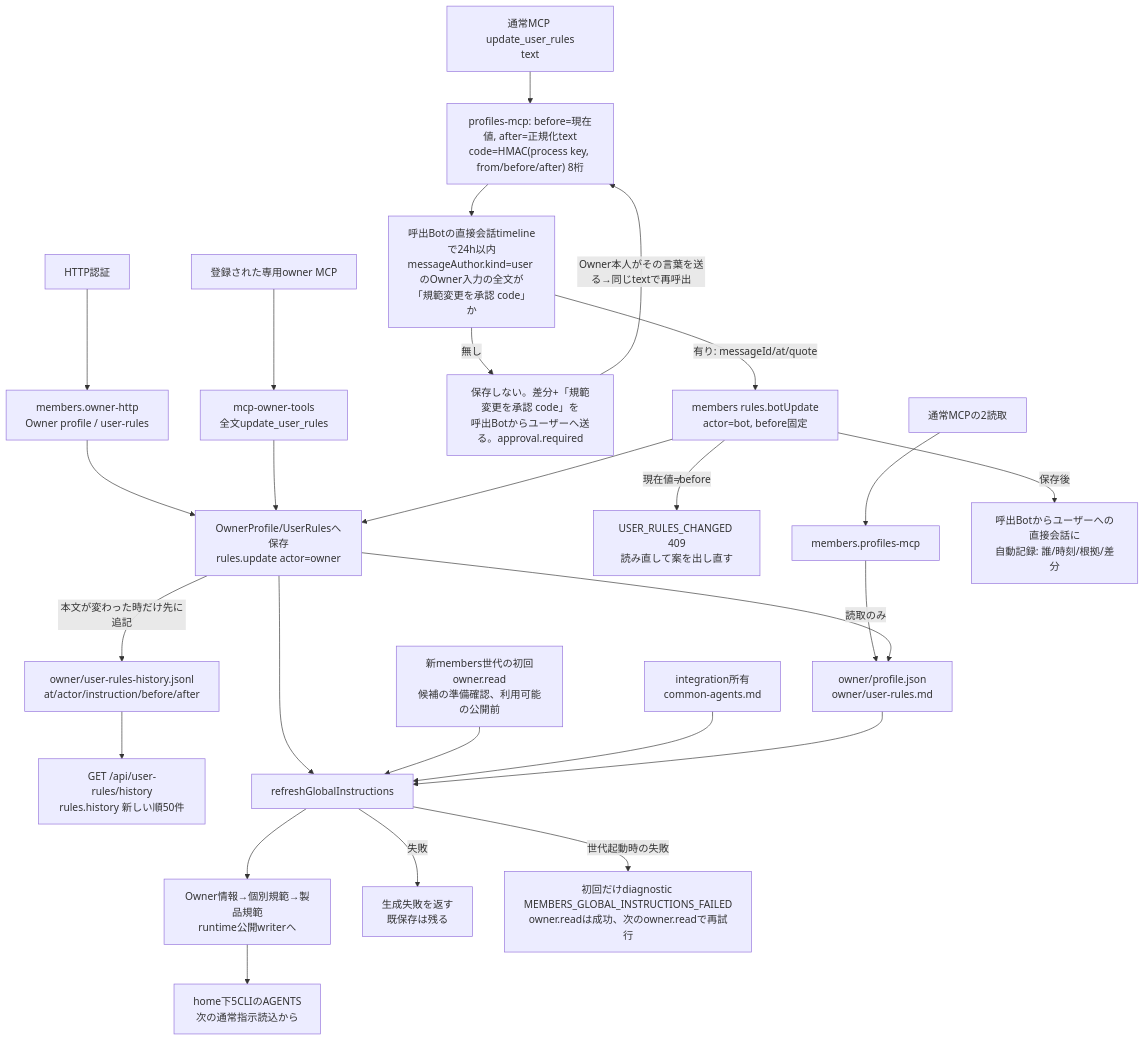
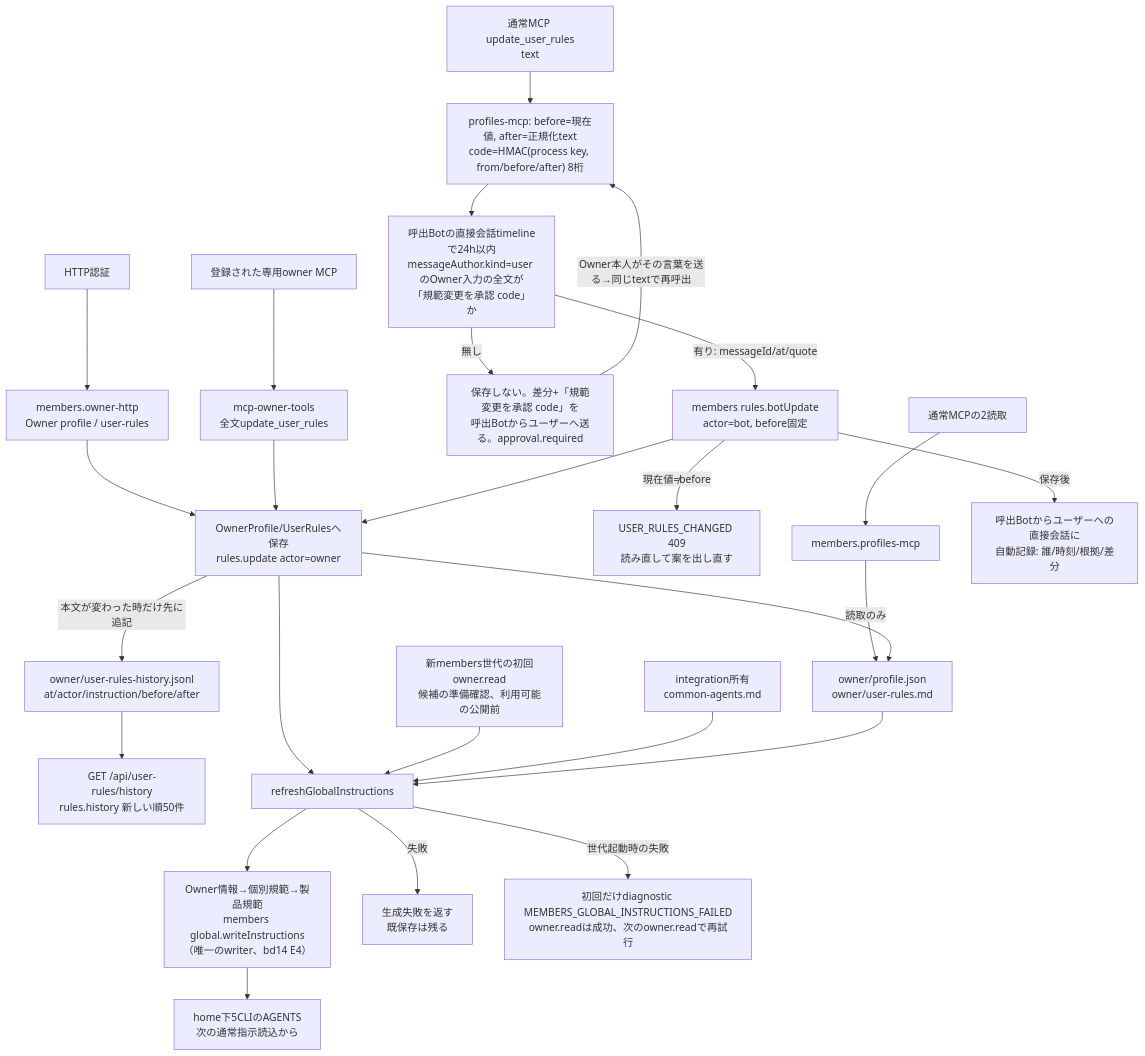
Before and after one commit to kitepon/BellTeam: the first of 3 diagrams in docs/architecture/modules/members/instructions.md, drawn with Mermaid. The commit also changed other lines of this file and 20 other files, not shown here.

````diff
--- a/docs/architecture/modules/members/instructions.md
+++ b/docs/architecture/modules/members/instructions.md
@@ -5,28 +5,28 @@
 ```mermaid
 flowchart TD
   Http["HTTP認証"] --> Owner["members.owner-http<br/>Owner profile / user-rules"]
   Read["通常MCPの2読取"] --> Member["members.profiles-mcp"]
   BotWrite["通常MCP update_user_rules<br/>text"] --> Code["profiles-mcp: before=現在値, after=正規化text<br/>code=HMAC(process key, from/before/after) 8桁"]
   Code --> Proof["呼出Botの直接会話timelineで24h以内<br/>messageAuthor.kind=user のOwner入力の全文が<br/>「規範変更を承認 code」か"]
   Proof -->|"無し"| Proposal["保存しない。差分+「規範変更を承認 code」を<br/>呼出Botからユーザーへ送る。approval.required"]
   Proposal -->|"Owner本人がその言葉を送る→同じtextで再呼出"| Code
   Proof -->|"有り: messageId/at/quote"| BotSave["members rules.botUpdate<br/>actor=bot, before固定"]
   BotSave -->|"現在値≠before"| Changed["USER_RULES_CHANGED 409<br/>読み直して案を出し直す"]
   Dedicated["登録された専用owner MCP"] --> Rules["mcp-owner-tools<br/>全文update_user_rules"]
   Owner --> Save["OwnerProfile/UserRulesへ保存<br/>rules.update actor=owner"]
   Rules --> Save
   BotSave --> Save
   Member -->|"読取のみ"| Data["owner/profile.json<br/>owner/user-rules.md"]
   Save -->|"本文が変わった時だけ先に追記"| History["owner/user-rules-history.jsonl<br/>at/actor/instruction/before/after"]
   Save --> Data
   History --> HistoryApi["GET /api/user-rules/history<br/>rules.history 新しい順50件"]
   BotSave -->|"保存後"| Notice["呼出Botからユーザーへの直接会話に<br/>自動記録: 誰/時刻/根拠/差分"]
   Save --> Refresh["refreshGlobalInstructions"]
   Generation["新members世代の初回owner.read<br/>候補の準備確認、利用可能の公開前"] --> Refresh
   Common["integration所有<br/>common-agents.md"] --> Refresh
   Data --> Refresh
-  Refresh --> Write["Owner情報→個別規範→製品規範<br/>runtime公開writerへ"]
+  Refresh --> Write["Owner情報→個別規範→製品規範<br/>members global.writeInstructions（唯一のwriter、bd14 E4）"]
   Write --> Globals["home下5CLIのAGENTS<br/>次の通常指示読込から"]
   Refresh -->|"失敗"| Failure["生成失敗を返す<br/>既保存は残る"]
   Refresh -->|"世代起動時の失敗"| Diagnostic["初回だけdiagnostic MEMBERS_GLOBAL_INSTRUCTIONS_FAILED<br/>owner.readは成功、次のowner.readで再試行"]
 ```
````
